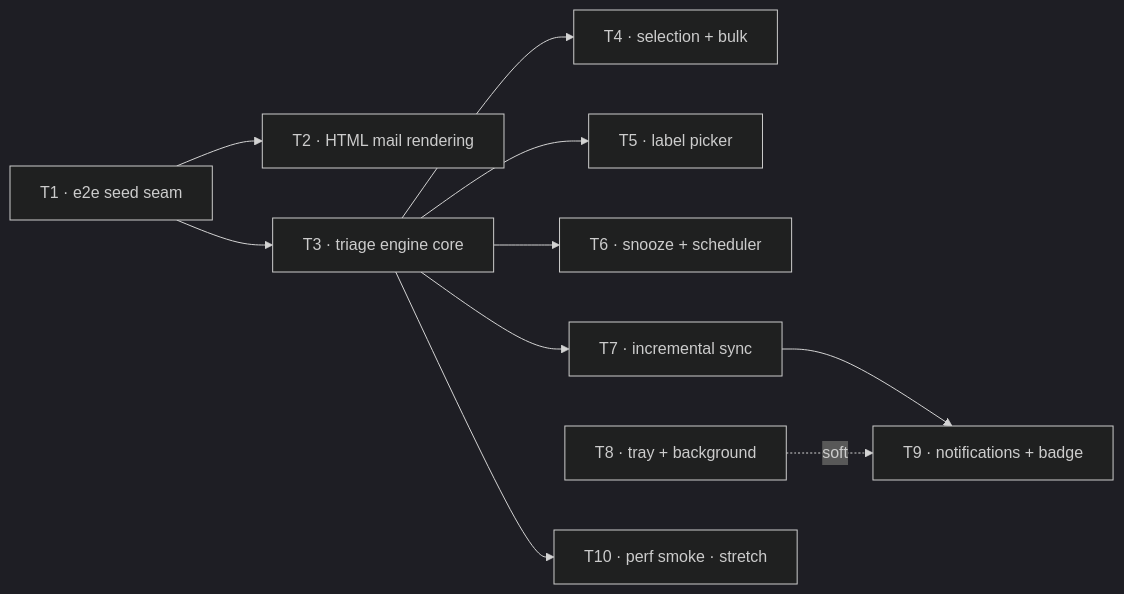
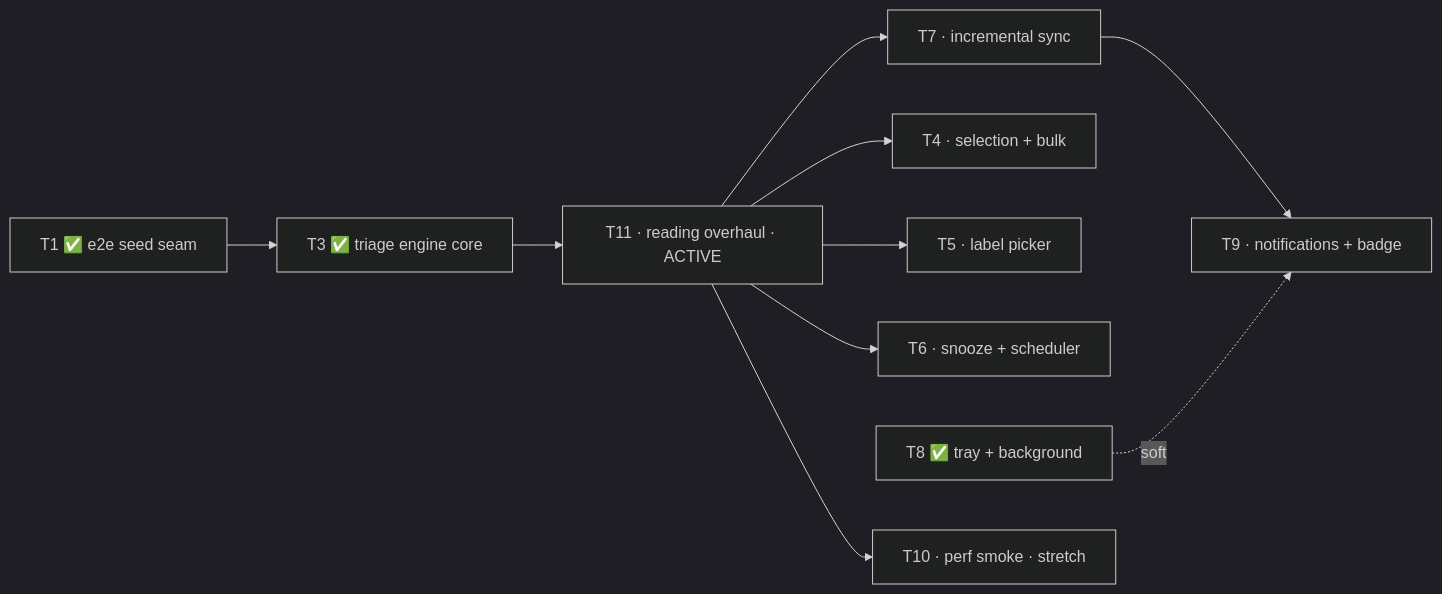
Before and after one commit to stephenw310/attn: the diagram in docs/M1-PLAN.md, drawn with Mermaid (dark theme). The commit also changed other lines of this file and 1 other file, not shown here.

First line of the commit message:
docs: SPEC v0.8 (split reading view, full message display) + plan T11

````diff
--- a/docs/M1-PLAN.md
+++ b/docs/M1-PLAN.md
@@ -31,23 +33,23 @@
 ```mermaid
 graph LR
-  T1[T1 · e2e seed seam]
-  T2[T2 · HTML mail rendering]
-  T3[T3 · triage engine core]
+  T1[T1 ✅ e2e seed seam]
+  T3[T3 ✅ triage engine core]
+  T8[T8 ✅ tray + background]
+  T11[T11 · reading overhaul · ACTIVE]
   T4[T4 · selection + bulk]
   T5[T5 · label picker]
   T6[T6 · snooze + scheduler]
   T7[T7 · incremental sync]
-  T8[T8 · tray + background]
   T9[T9 · notifications + badge]
   T10[T10 · perf smoke · stretch]
 
-  T1 --> T2
   T1 --> T3
-  T3 --> T4
-  T3 --> T5
-  T3 --> T6
-  T3 --> T7
+  T3 --> T11
+  T11 --> T4
+  T11 --> T5
+  T11 --> T6
+  T11 --> T7
+  T11 --> T10
   T7 --> T9
   T8 -.soft.-> T9
-  T3 --> T10
 ```
````
